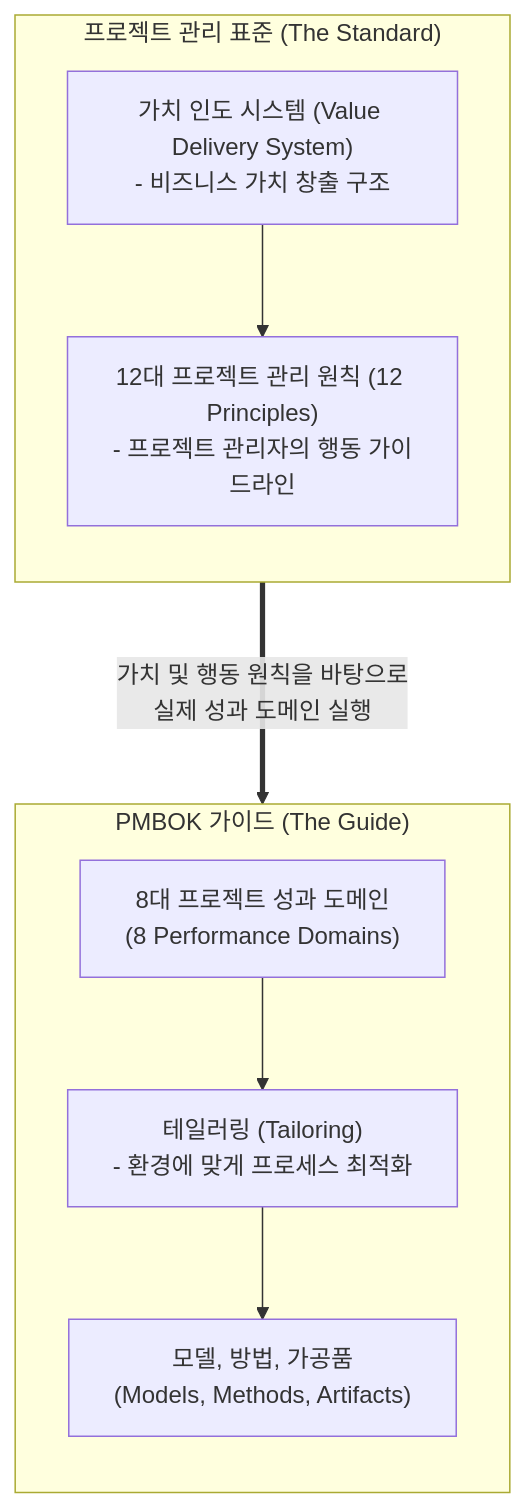
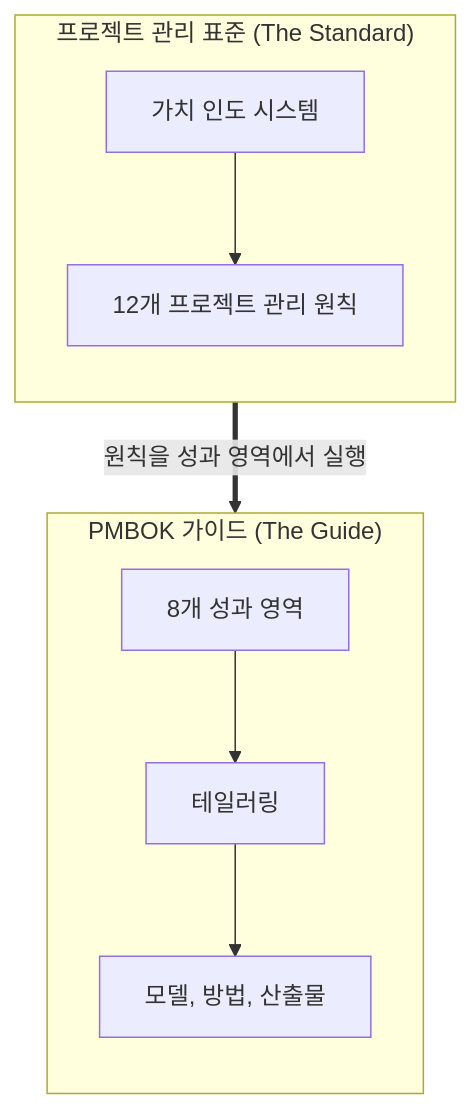
Before and after one commit to supremethumb/supremethumb.github.io: the diagram in content/01_IT Tech/PMBOK 7판 (Project Management Body of Knowledge 7th Ed.).md, drawn with Mermaid. The commit also changed other lines of this file and 1087 other files, not shown here.

````diff
--- a/content/01_IT Tech/PMBOK 7판 (Project Management Body of Knowledge 7th Ed.).md
+++ b/content/01_IT Tech/PMBOK 7판 (Project Management Body of Knowledge 7th Ed.).md
@@ -27,22 +36,17 @@
 ```mermaid
 flowchart TD
-    subgraph Standard ["프로젝트 관리 표준 (The Standard)"]
+    subgraph Std ["프로젝트 관리 표준 (The Standard)"]
         direction TB
-        VDS["가치 인도 시스템 (Value Delivery System)<br/>- 비즈니스 가치 창출 구조"]
-        Prin["12대 프로젝트 관리 원칙 (12 Principles)<br/>- 프로젝트 관리자의 행동 가이드라인"]
+        VDS["가치 인도 시스템"]
+        Prin["12개 프로젝트 관리 원칙"]
         VDS --> Prin
     end
-
-    subgraph Guide ["PMBOK 가이드 (The Guide)"]
+    subgraph Gd ["PMBOK 가이드 (The Guide)"]
         direction TB
-        Domains["8대 프로젝트 성과 도메인<br/>(8 Performance Domains)"]
-        Tailor["테일러링 (Tailoring)<br/>- 환경에 맞게 프로세스 최적화"]
-        MMA["모델, 방법, 가공품<br/>(Models, Methods, Artifacts)"]
-        
-        Domains --> Tailor
-        Tailor --> MMA
+        Dom["8개 성과 영역"]
+        Tail["테일러링"]
+        MMA["모델, 방법, 산출물"]
+        Dom --> Tail --> MMA
     end
-
-    Standard == "가치 및 행동 원칙을 바탕으로\n실제 성과 도메인 실행" ===> Guide
-
+    Std ==>|"원칙을 성과 영역에서 실행"| Gd
 ```
````
